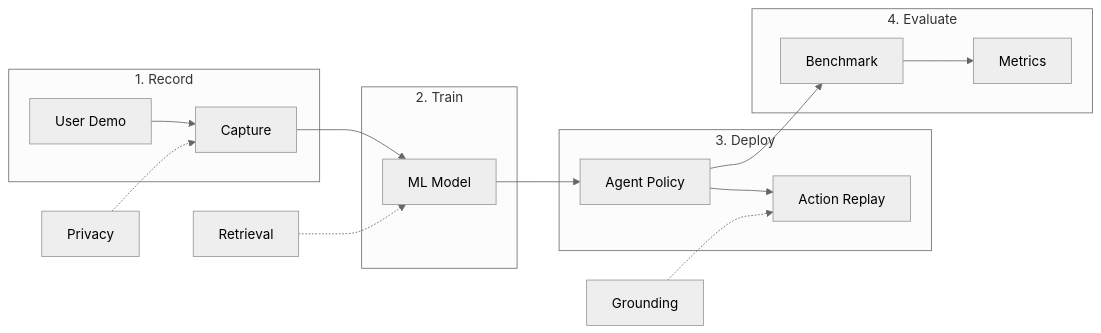
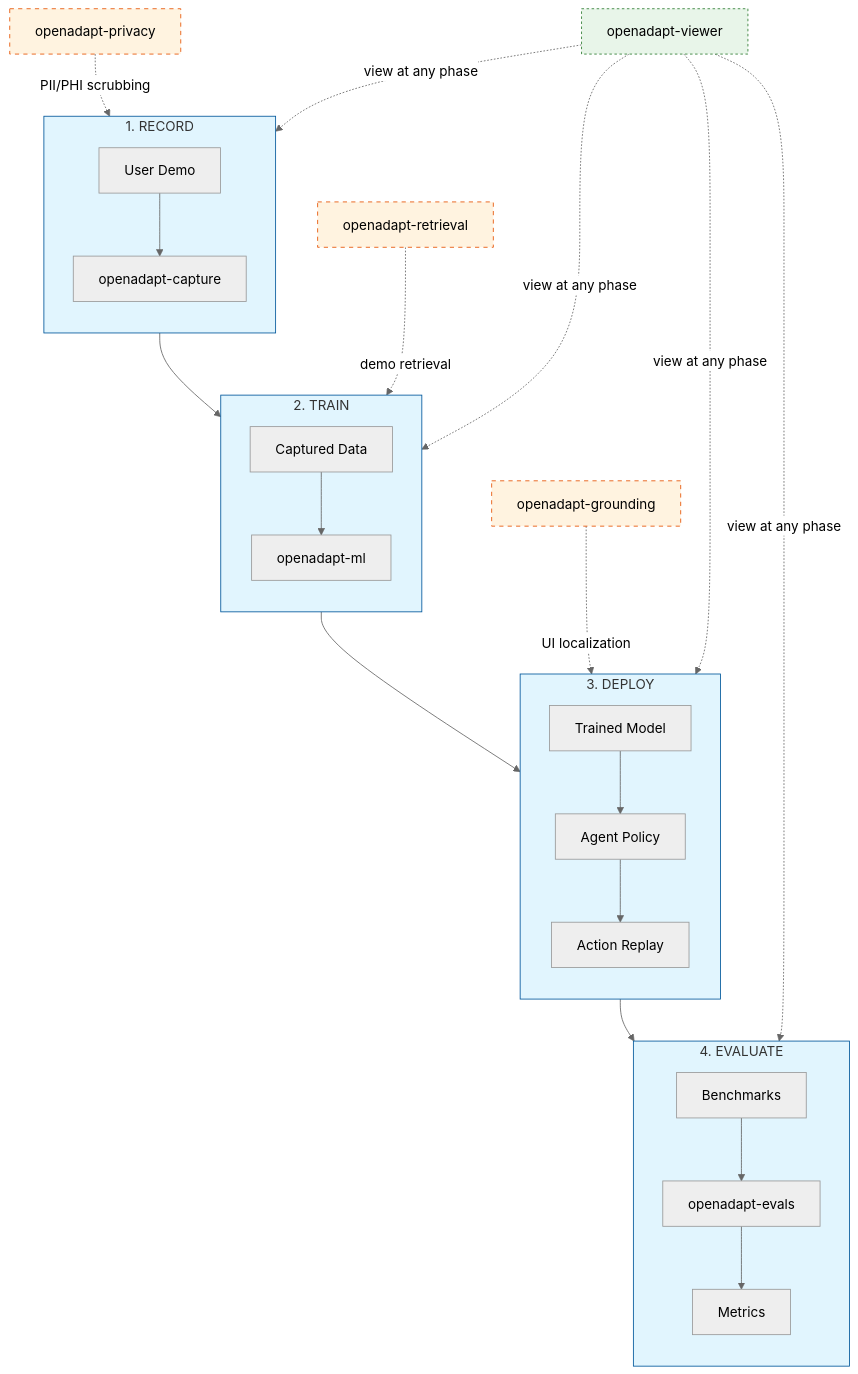
One commit to OpenAdaptAI/OpenAdapt changed the diagram in README.md. Above: the diagram before and after it, drawn with Mermaid (neutral theme). The commit also changed other lines of this file, not shown here.

Commit message:
docs: Enhance architecture diagram with workflow phases and package integration
- Replace simple flowchart with comprehensive Mermaid diagram showing:
  - 4-phase workflow (Record, Train, Deploy, Evaluate)
  - Package names for each phase (openadapt-capture, ml, evals)
  - Viewer as independent component usable at any phase
  - Optional packages with dotted lines showing integration points
  - Color-coded styling for core vs optional packages
- Add Key Concepts section explaining:
  - Meta-package structure (core vs optional packages)
  - Two paths to automation (custom training vs API agents)
- Add Installation Paths section with:
  - ASCII decision tree for use case guidance
  - Summary table of installation options

````diff
--- a/README.md
+++ b/README.md
@@ -101,25 +101,55 @@
 ```mermaid
-flowchart LR
-    subgraph Record["1. Record"]
-        A[User Demo] --> B[Capture]
+flowchart TB
+    %% Main workflow phases
+    subgraph Record["1. RECORD"]
+        direction TB
+        DEMO[User Demo] --> CAPTURE[openadapt-capture]
     end
 
-    subgraph Train["2. Train"]
-        B --> C[ML Model]
+    subgraph Train["2. TRAIN"]
+        direction TB
+        DATA[Captured Data] --> ML[openadapt-ml]
     end
 
-    subgraph Deploy["3. Deploy"]
-        C --> D[Agent Policy]
-        D --> E[Action Replay]
+    subgraph Deploy["3. DEPLOY"]
+        direction TB
+        MODEL[Trained Model] --> AGENT[Agent Policy]
+        AGENT --> REPLAY[Action Replay]
     end
 
-    subgraph Evaluate["4. Evaluate"]
-        D --> F[Benchmark]
-        F --> G[Metrics]
+    subgraph Evaluate["4. EVALUATE"]
+        direction TB
+        BENCH[Benchmarks] --> EVALS[openadapt-evals]
+        EVALS --> METRICS[Metrics]
     end
 
-    %% Optional enhancements
-    GROUND[Grounding] -.-> E
-    RETRIEVE[Retrieval] -.-> C
-    PRIV[Privacy] -.-> B
+    %% Main flow connections
+    CAPTURE --> DATA
+    ML --> MODEL
+    AGENT --> BENCH
+
+    %% Viewer - independent component
+    VIEWER[openadapt-viewer]
+    VIEWER -.->|"view at any phase"| Record
+    VIEWER -.->|"view at any phase"| Train
+    VIEWER -.->|"view at any phase"| Deploy
+    VIEWER -.->|"view at any phase"| Evaluate
+
+    %% Optional packages with integration points
+    PRIVACY[openadapt-privacy]
+    RETRIEVAL[openadapt-retrieval]
+    GROUNDING[openadapt-grounding]
+
+    PRIVACY -.->|"PII/PHI scrubbing"| CAPTURE
+    RETRIEVAL -.->|"demo retrieval"| ML
+    GROUNDING -.->|"UI localization"| REPLAY
+
+    %% Styling
+    classDef corePhase fill:#e1f5fe,stroke:#01579b
+    classDef optionalPkg fill:#fff3e0,stroke:#e65100,stroke-dasharray: 5 5
+    classDef viewerPkg fill:#e8f5e9,stroke:#2e7d32,stroke-dasharray: 3 3
+
+    class Record,Train,Deploy,Evaluate corePhase
+    class PRIVACY,RETRIEVAL,GROUNDING optionalPkg
+    class VIEWER viewerPkg
 ```
````
